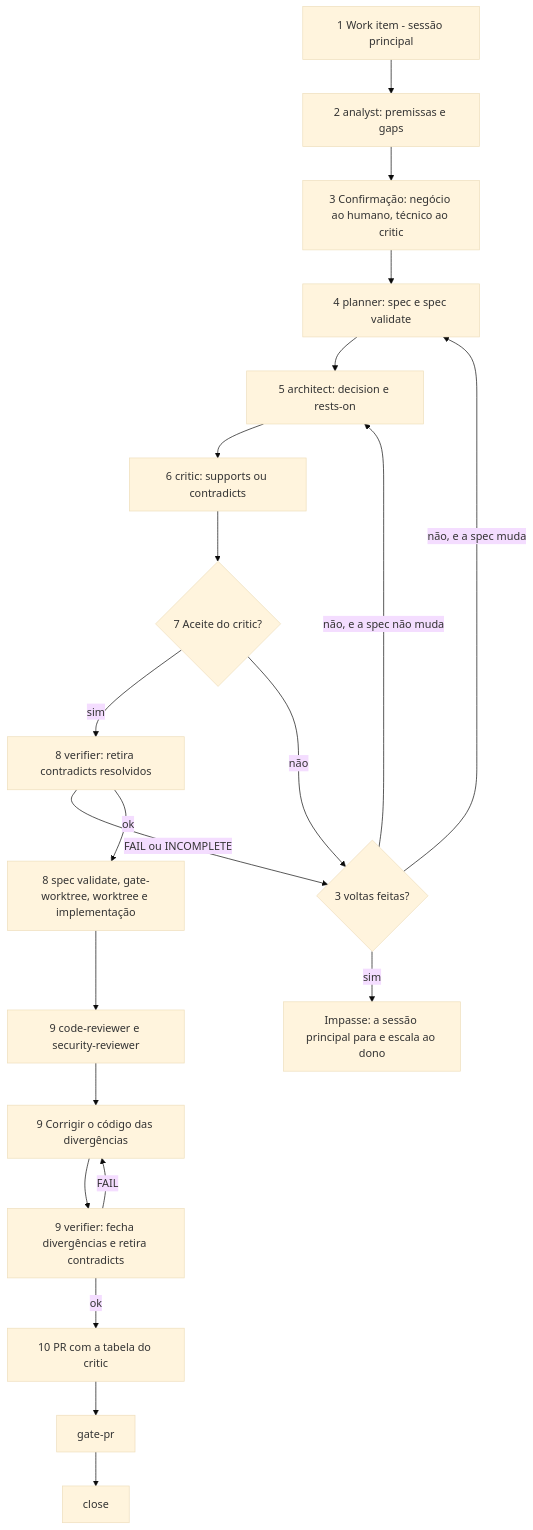
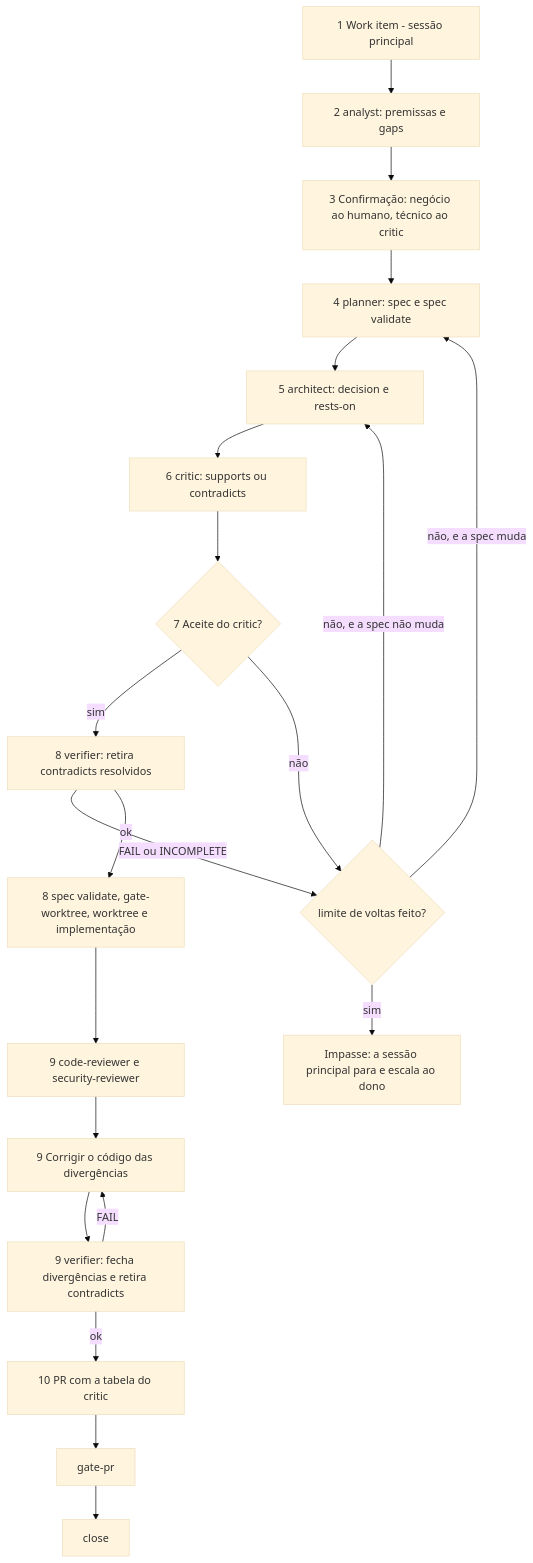
The diagram in docs/directives-flow.md (gabrielh-silvestre/oh-my-hexflow), drawn with Mermaid (base theme) before and after one commit. The commit also changed other lines of this file and 17 other files, not shown here.

````diff
--- a/docs/directives-flow.md
+++ b/docs/directives-flow.md
@@ -302,23 +302,23 @@
 ```mermaid
 flowchart TD
   P1["1 Work item - sessão principal"] --> P2["2 analyst: premissas e gaps"]
   P2 --> P3["3 Confirmação: negócio ao humano, técnico ao critic"]
   P3 --> P4["4 planner: spec e spec validate"]
   P4 --> P5["5 architect: decision e rests-on"]
   P5 --> P6["6 critic: supports ou contradicts"]
   P6 --> P7{"7 Aceite do critic?"}
   P7 -- "sim" --> P8A["8 verifier: retira contradicts resolvidos"]
-  P7 -- "não" --> LIM{"3 voltas feitas?"}
+  P7 -- "não" --> LIM{"limite de voltas feito?"}
   P8A -- "FAIL ou INCOMPLETE" --> LIM
   LIM -- "não, e a spec não muda" --> P5
   LIM -- "não, e a spec muda" --> P4
   LIM -- "sim" --> ESC["Impasse: a sessão principal para e escala ao dono"]
   P8A -- "ok" --> P8B["8 spec validate, gate-worktree, worktree e implementação"]
   P8B --> P9["9 code-reviewer e security-reviewer"]
   P9 --> FIX0["9 Corrigir o código das divergências"]
   FIX0 --> V9["9 verifier: fecha divergências e retira contradicts"]
   V9 -- "FAIL" --> FIX0
   V9 -- "ok" --> P10["10 PR com a tabela do critic"]
   P10 --> GP["gate-pr"]
   GP --> CL["close"]
 ```
````
